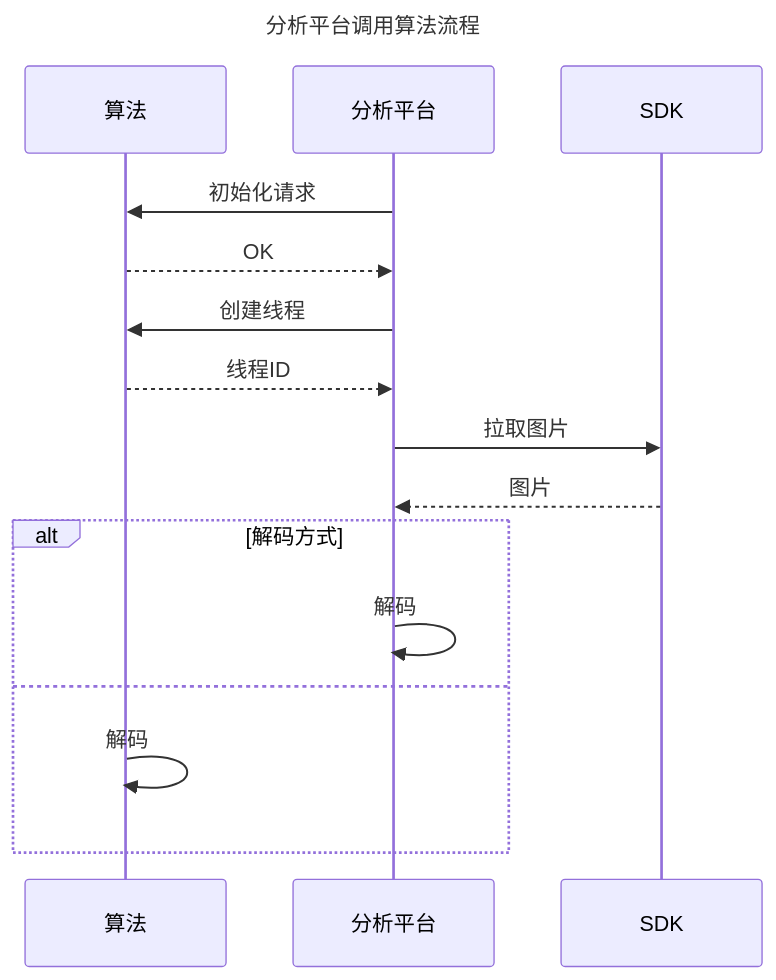
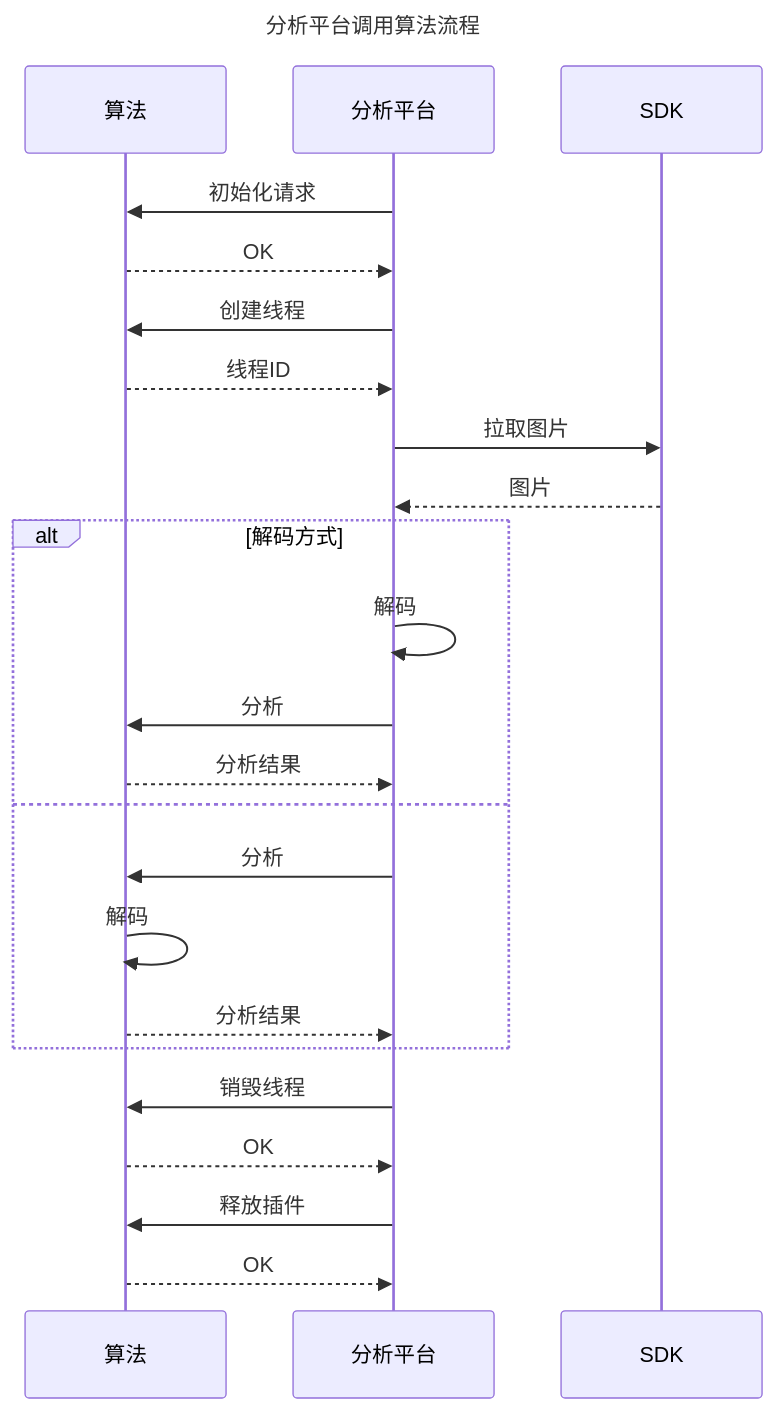
One commit to liao20081228/blog changed the fifth of 5 diagrams in 4G/SMC与CHECK EMEI.md. Above: the diagram before and after it, drawn with Mermaid.

Commit message:
更新文件 /4G/SMC与CHECK EMEI.md

````diff
--- a/4G/SMC与CHECK EMEI.md
+++ b/4G/SMC与CHECK EMEI.md
@@ -195,23 +195,31 @@
 ```mermaid!
 sequenceDiagram
 
 title: 分析平台调用算法流程
 participant P as 算法
 participant V as 分析平台
 participant S as SDK
 
 V->>P:初始化请求
 P-->>V:OK
 V->>P:创建线程
 P-->>V:线程ID
 V->>S:拉取图片
 S-->>V:图片
 alt 解码方式
 V->>V:解码
+V->>P:分析
+P-->>V:分析结果
 else
+V->>P:分析
 P->>P:解码
+P-->>V:分析结果
 end
+V->>P:销毁线程
+P-->>V:OK
+V->>P:释放插件
+P-->>V:OK
 
 
 
 ```
````
